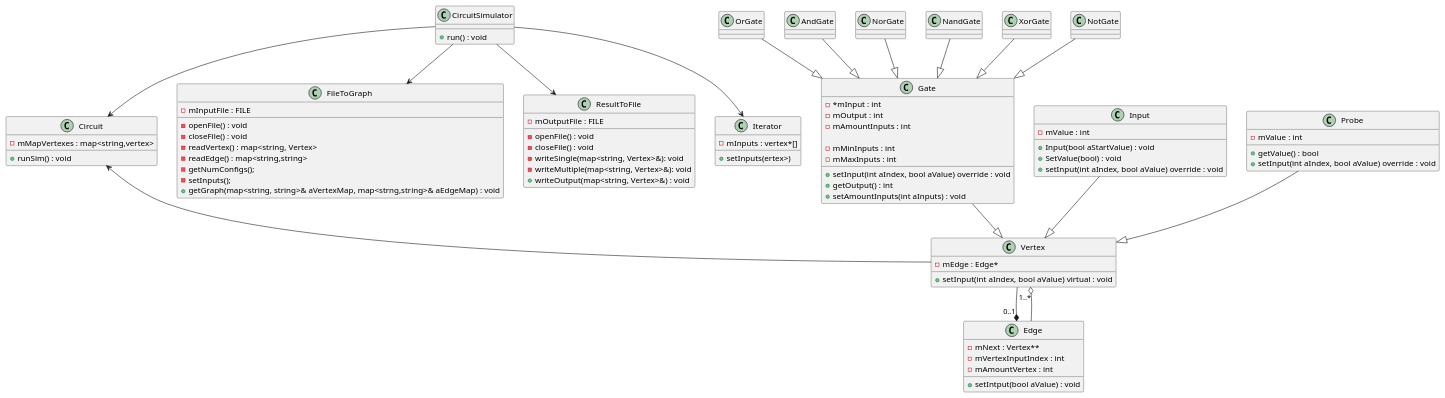
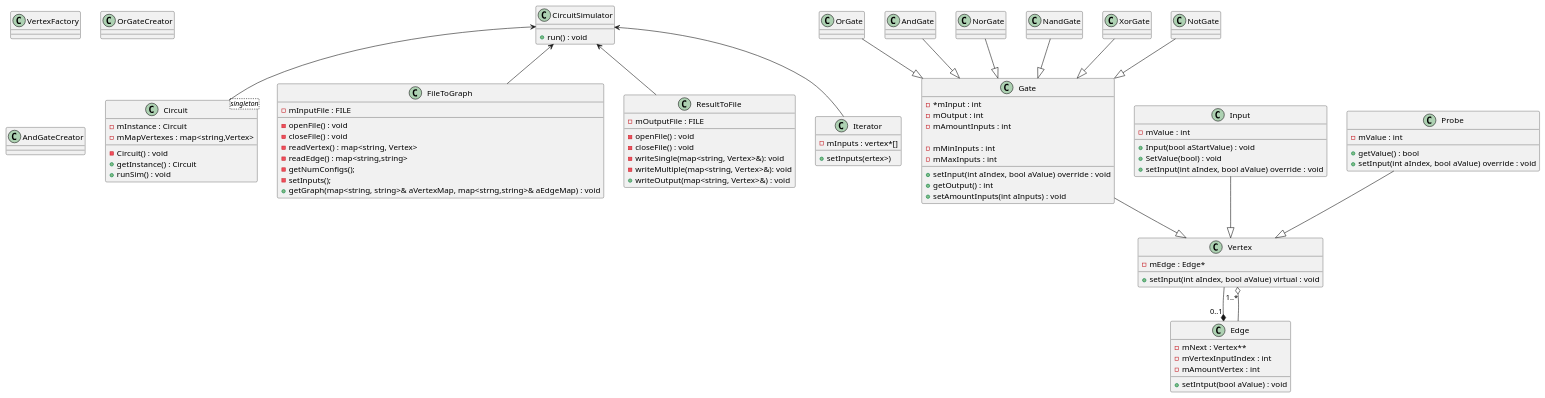
One commit to Seger01/DesignPatterns changed the diagram in diagram/classdiagram.puml. Above: the diagram before and after it, drawn with PlantUML.

Commit message:
factory start

```diff
--- a/diagram/classdiagram.puml
+++ b/diagram/classdiagram.puml
@@ -1,131 +1,144 @@
 @startuml classdiagram
 
 
 class CircuitSimulator{
     + run() : void
 }
 
-class Circuit {
-    - mMapVertexes : map<string,vertex>
+class Circuit <singleton>{
+    - mInstance : Circuit
+    - mMapVertexes : map<string,Vertex>
+    - Circuit() : void
+    + getInstance() : Circuit
     + runSim() : void
 }
 
 class FileToGraph {
     - mInputFile : FILE
 
     - openFile() : void
     - closeFile() : void
     - readVertex() : map<string, Vertex>
     - readEdge() : map<string,string>
     - getNumConfigs();
     - setInputs();
     + getGraph(map<string, string>& aVertexMap, map<strng,string>& aEdgeMap) : void 
     ' vertexMap :first string name of vertex second string type
 
 }
 
 class ResultToFile {
     - mOutputFile : FILE
 
     - openFile() : void
     - closeFile() : void
     - writeSingle(map<string, Vertex>&): void
     - writeMultiple(map<string, Vertex>&): void
     + writeOutput(map<string, Vertex>&) : void
 }
 
 class Iterator{
     - mInputs : vertex*[]
 
     + setInputs(ertex>)
 }
 
 class OrGate{
 
 }
 
 class AndGate{
 
 }
 
 class NorGate{
 
 }
 
 class NandGate{
 
 }
 
 class XorGate{
 
 }
 
 class NotGate{
 
 }
 
 class Gate{
     - *mInput : int
     - mOutput : int
     - mAmountInputs : int
 
     - mMinInputs : int
     - mMaxInputs : int    
 
     + setInput(int aIndex, bool aValue) override : void
     + getOutput() : int
     + setAmountInputs(int aInputs) : void
 }
 
 class Vertex {
     - mEdge : Edge*
 
     + setInput(int aIndex, bool aValue) virtual : void
 }
 
 class Edge {
     - mNext : Vertex**
     - mVertexInputIndex : int
     - mAmountVertex : int
 
     + setIntput(bool aValue) : void
 }
 
 class Input {
     - mValue : int
 
     + Input(bool aStartValue) : void
     + SetValue(bool) : void
     + setInput(int aIndex, bool aValue) override : void
 
 }
 
 class Probe {
     - mValue : int
 
     + getValue() : bool
     + setInput(int aIndex, bool aValue) override : void
 }
 
-CircuitSimulator --> FileToGraph
-CircuitSimulator --> ResultToFile
-CircuitSimulator --> Circuit
-CircuitSimulator --> Iterator
+class VertexFactory{
 
-Circuit <-- Vertex
+}
+
+class OrGateCreator{
+
+}
+
+class AndGateCreator{
+    
+}
+
+CircuitSimulator <-- FileToGraph
+CircuitSimulator <-- ResultToFile
+CircuitSimulator <-- Circuit
+CircuitSimulator <-- Iterator
 
 OrGate --|> Gate
 NorGate --|> Gate
 AndGate --|> Gate
 NandGate --|> Gate
 XorGate --|> Gate
 NotGate --|> Gate
 
 Gate --|> Vertex
 Input --|> Vertex
 Probe --|> Vertex
 
 Vertex --* "0..1" Edge
 Edge --o "1..*" Vertex
 
 @enduml
```
